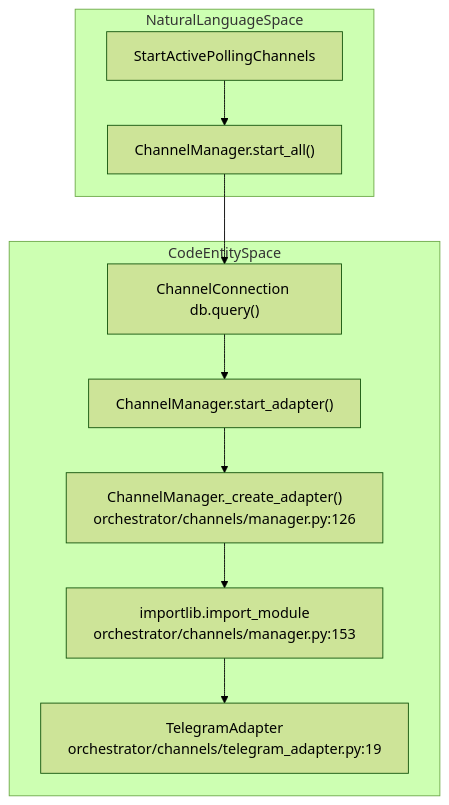
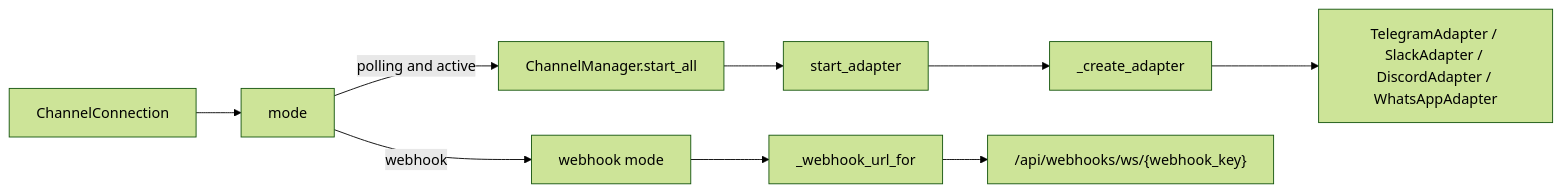
The second of 3 diagrams in docs/channel-integrations/platform-adapters.md (AutomatosAI/automatos-ai), drawn with Mermaid (forest theme) before and after one commit. The commit also changed other lines of this file and 188 other files, not shown here.

First line of the commit message:
docs: refresh architecture docs and add coverage for new subsystems (#1416)

````diff
--- a/docs/channel-integrations/platform-adapters.md
+++ b/docs/channel-integrations/platform-adapters.md
@@ -71,13 +87,21 @@
 ```mermaid
-graph TD
-    subgraph "NaturalLanguageSpace"
-        UserAction["StartActivePollingChannels"] --> ManagerStart["ChannelManager.start_all()"]
-    end
-    subgraph "CodeEntitySpace"
-        ManagerStart --> QueryDB["ChannelConnection db.query()"]
-        QueryDB --> StartAdapter["ChannelManager.start_adapter()"]
-        StartAdapter --> CreateAdapter["ChannelManager._create_adapter()<br/>orchestrator/channels/manager.py:126"]
-        CreateAdapter --> TelegramMod["importlib.import_module<br/>orchestrator/channels/manager.py:153"]
-        TelegramMod --> TelegramCls["TelegramAdapter<br/>orchestrator/channels/telegram_adapter.py:19"]
-    end
+flowchart LR
+    Connection["ChannelConnection"]
+    Mode["mode"]
+    Startup["ChannelManager.start_all"]
+    Polling["start_adapter"]
+    Factory["_create_adapter"]
+    Adapter["TelegramAdapter / SlackAdapter / DiscordAdapter / WhatsAppAdapter"]
+    WebhookMode["webhook mode"]
+    URL["_webhook_url_for"]
+    Endpoint["/api/webhooks/ws/{webhook_key}"]
+
+    Connection --> Mode
+    Mode -->|"polling and active"| Startup
+    Startup --> Polling
+    Polling --> Factory
+    Factory --> Adapter
+    Mode -->|"webhook"| WebhookMode
+    WebhookMode --> URL
+    URL --> Endpoint
 ```
````
